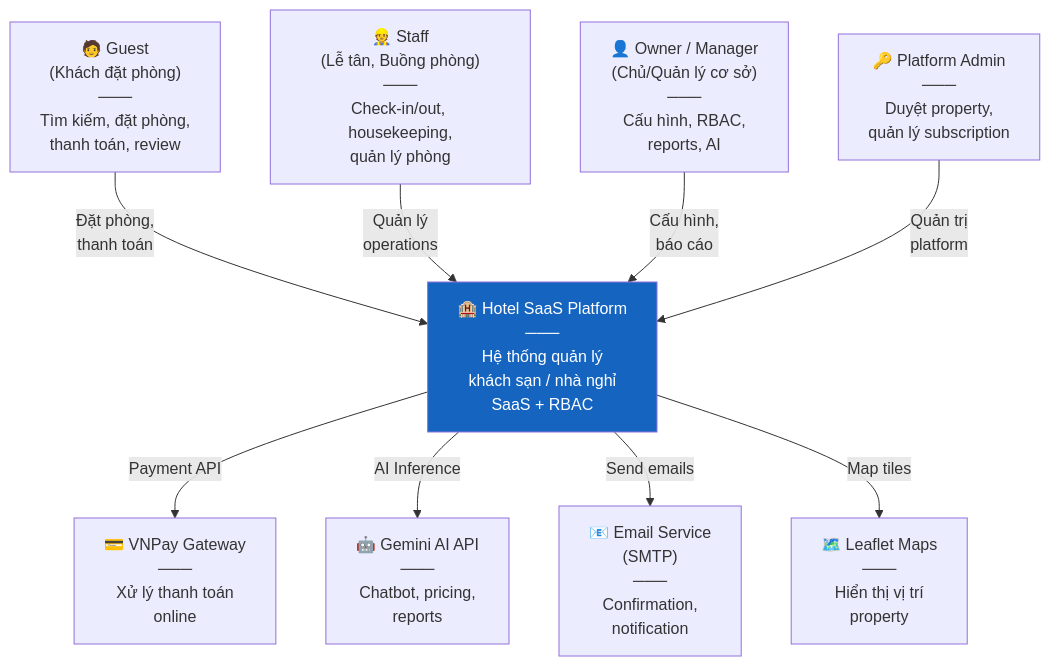
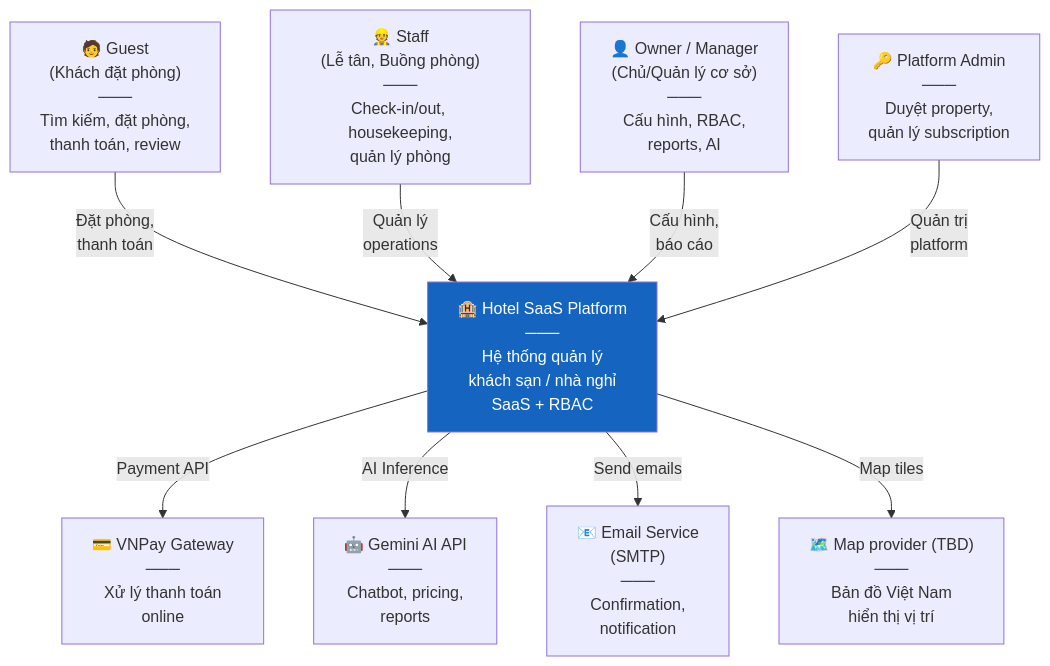
Before and after one commit to GinNgo/hotel-saas-v2: the first of 4 diagrams in docs/sdd/03-c4-diagrams.md, drawn with Mermaid. The commit also changed 1003 other files, not shown here.

Commit message:
feat: Phase 1 complete - architecture foundation, auth & RBAC, team roadmaps, week 1 reports, and feature scaffolds

````diff
--- a/docs/sdd/03-c4-diagrams.md
+++ b/docs/sdd/03-c4-diagrams.md
@@ -13,26 +13,26 @@
 ```mermaid
 flowchart TD
     Guest["🧑 Guest<br/>(Khách đặt phòng)<br/>───<br/>Tìm kiếm, đặt phòng,<br/>thanh toán, review"]
     Staff["👷 Staff<br/>(Lễ tân, Buồng phòng)<br/>───<br/>Check-in/out, housekeeping,<br/>quản lý phòng"]
     Owner["👤 Owner / Manager<br/>(Chủ/Quản lý cơ sở)<br/>───<br/>Cấu hình, RBAC,<br/>reports, AI"]
     Admin["🔑 Platform Admin<br/>───<br/>Duyệt property,<br/>quản lý subscription"]
 
     System["🏨 Hotel SaaS Platform<br/>───<br/>Hệ thống quản lý<br/>khách sạn / nhà nghỉ<br/>SaaS + RBAC"]
 
     VNPay["💳 VNPay Gateway<br/>───<br/>Xử lý thanh toán<br/>online"]
     GeminiAI["🤖 Gemini AI API<br/>───<br/>Chatbot, pricing,<br/>reports"]
     EmailSvc["📧 Email Service<br/>(SMTP)<br/>───<br/>Confirmation,<br/>notification"]
-    MapSvc["🗺️ Leaflet Maps<br/>───<br/>Hiển thị vị trí<br/>property"]
+    MapSvc["🗺️ Map provider (TBD)<br/>───<br/>Bản đồ Việt Nam<br/>hiển thị vị trí"]
 
     Guest -->|"Đặt phòng,<br/>thanh toán"| System
     Staff -->|"Quản lý<br/>operations"| System
     Owner -->|"Cấu hình,<br/>báo cáo"| System
     Admin -->|"Quản trị<br/>platform"| System
 
     System -->|"Payment API"| VNPay
     System -->|"AI Inference"| GeminiAI
     System -->|"Send emails"| EmailSvc
     System -->|"Map tiles"| MapSvc
 
     style System fill:#1565c0,color:#fff
 ```
````
